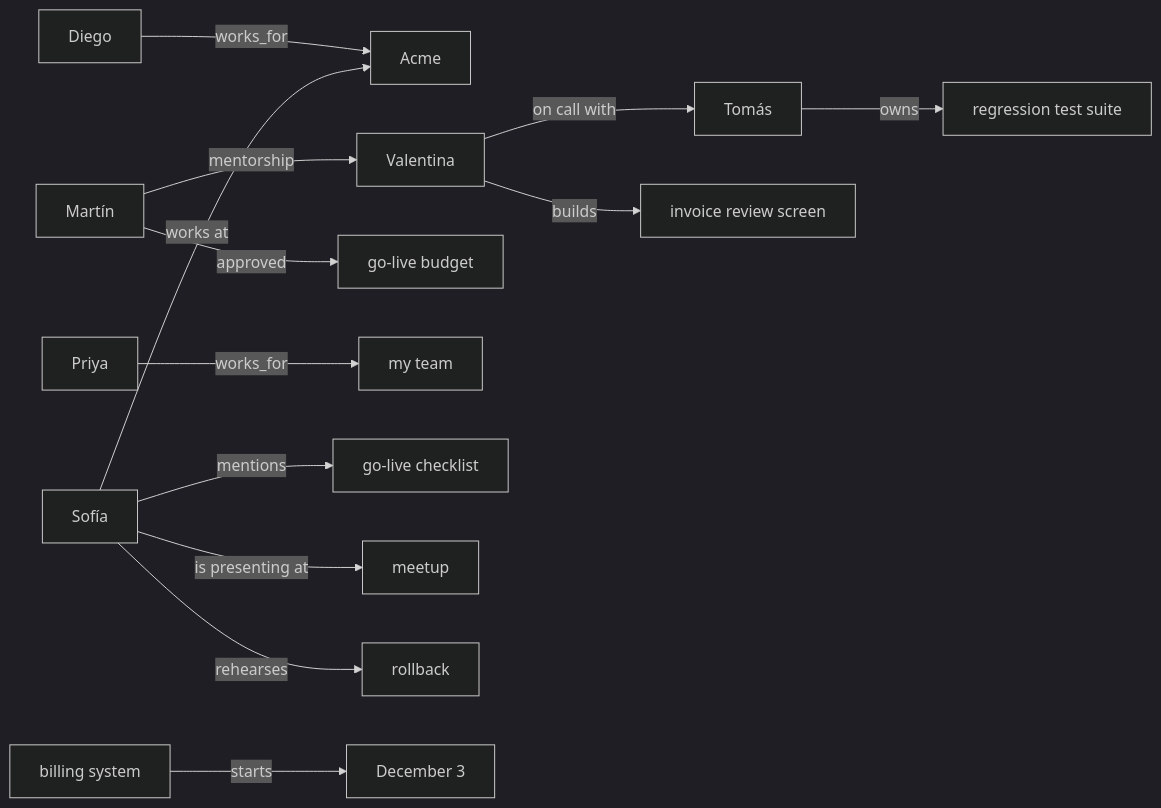
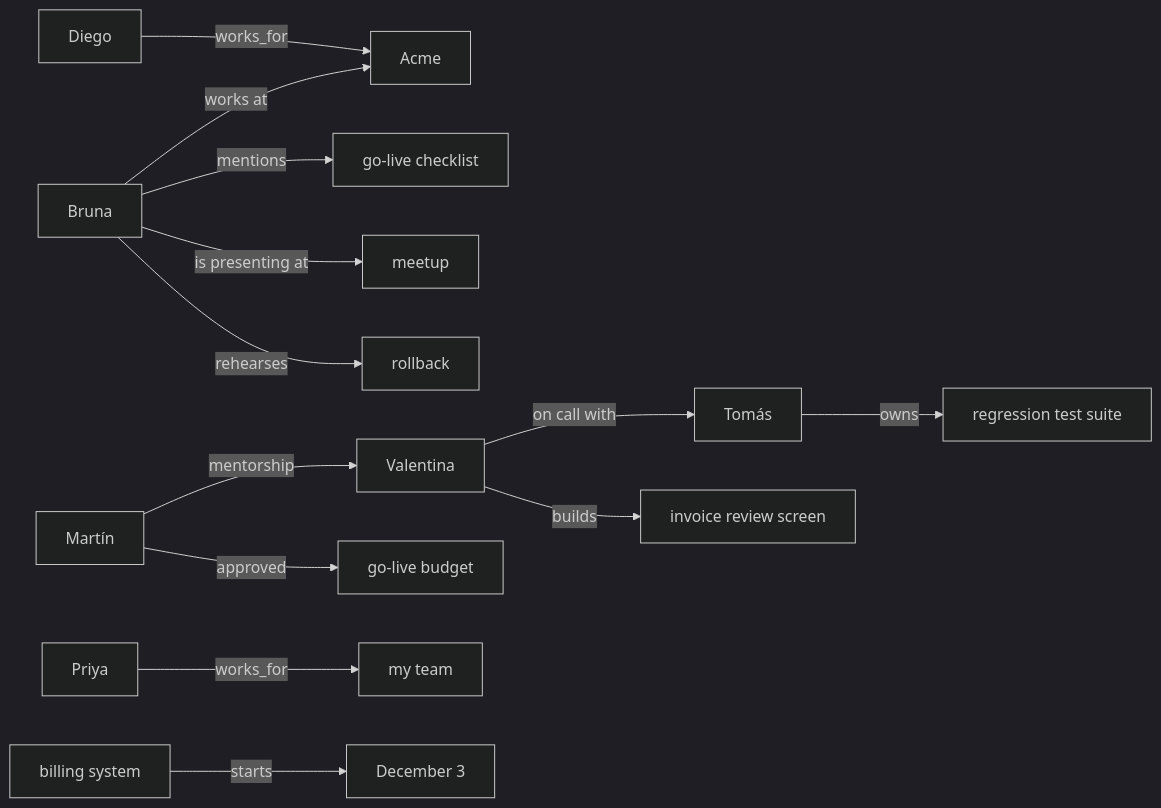
The diagram in docs/reference-run.md (ppiova/three-memories-one-question), drawn with Mermaid (dark theme) before and after one commit. The commit also changed other lines of this file and 3 other files, not shown here.

````diff
--- a/docs/reference-run.md
+++ b/docs/reference-run.md
@@ -453,31 +451,31 @@
 ```mermaid
 graph LR
-  n0["Diego"]
+  n0["Bruna"]
   n1["Acme"]
-  n0 -->|works_for| n1
-  n2["Martín"]
-  n3["Valentina"]
-  n2 -->|mentorship| n3
-  n4["go-live budget"]
-  n2 -->|approved| n4
-  n5["Priya"]
-  n6["my team"]
-  n5 -->|works_for| n6
-  n7["Sofía"]
-  n7 -->|works at| n1
-  n8["go-live checklist"]
-  n7 -->|mentions| n8
-  n9["meetup"]
-  n7 -->|is presenting at| n9
-  n10["rollback"]
-  n7 -->|rehearses| n10
+  n0 -->|works at| n1
+  n2["go-live checklist"]
+  n0 -->|mentions| n2
+  n3["meetup"]
+  n0 -->|is presenting at| n3
+  n4["rollback"]
+  n0 -->|rehearses| n4
+  n5["Diego"]
+  n5 -->|works_for| n1
+  n6["Martín"]
+  n7["Valentina"]
+  n6 -->|mentorship| n7
+  n8["go-live budget"]
+  n6 -->|approved| n8
+  n9["Priya"]
+  n10["my team"]
+  n9 -->|works_for| n10
   n11["Tomás"]
   n12["regression test suite"]
   n11 -->|owns| n12
-  n3 -->|on call with| n11
+  n7 -->|on call with| n11
   n13["invoice review screen"]
-  n3 -->|builds| n13
+  n7 -->|builds| n13
   n14["billing system"]
   n15["December 3"]
   n14 -->|starts| n15
 ```
````
